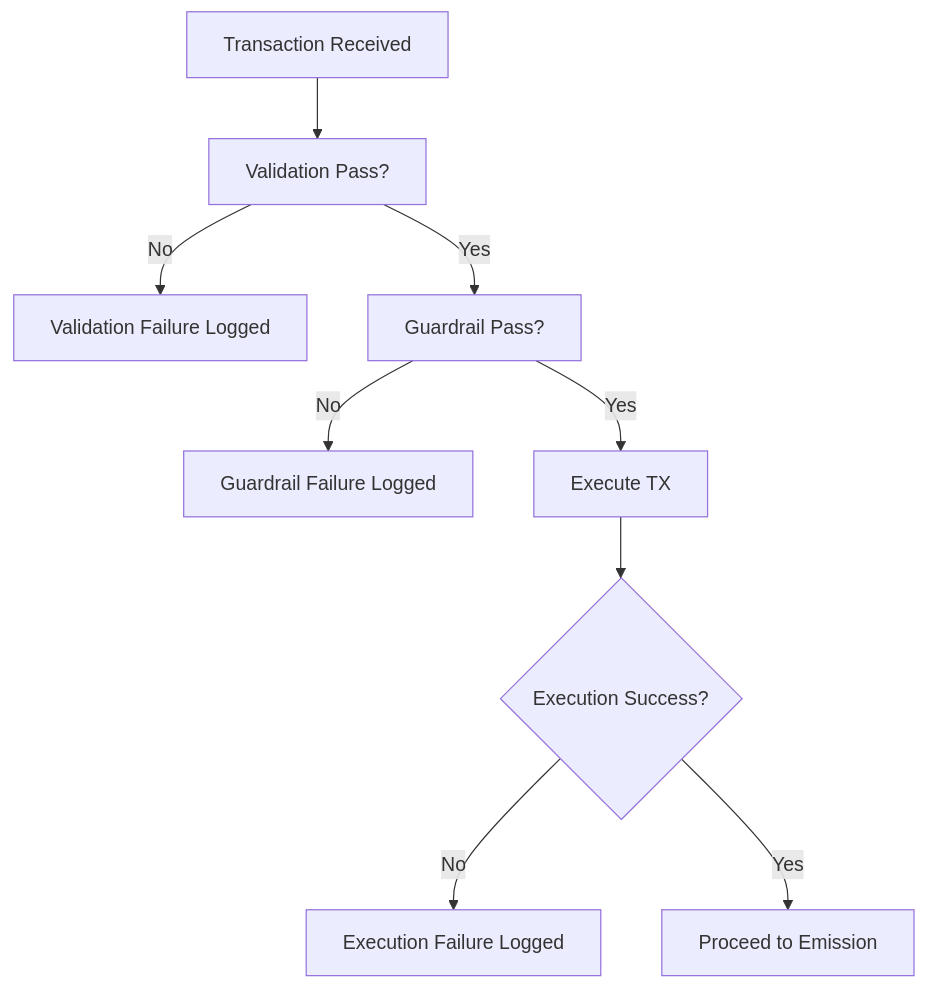
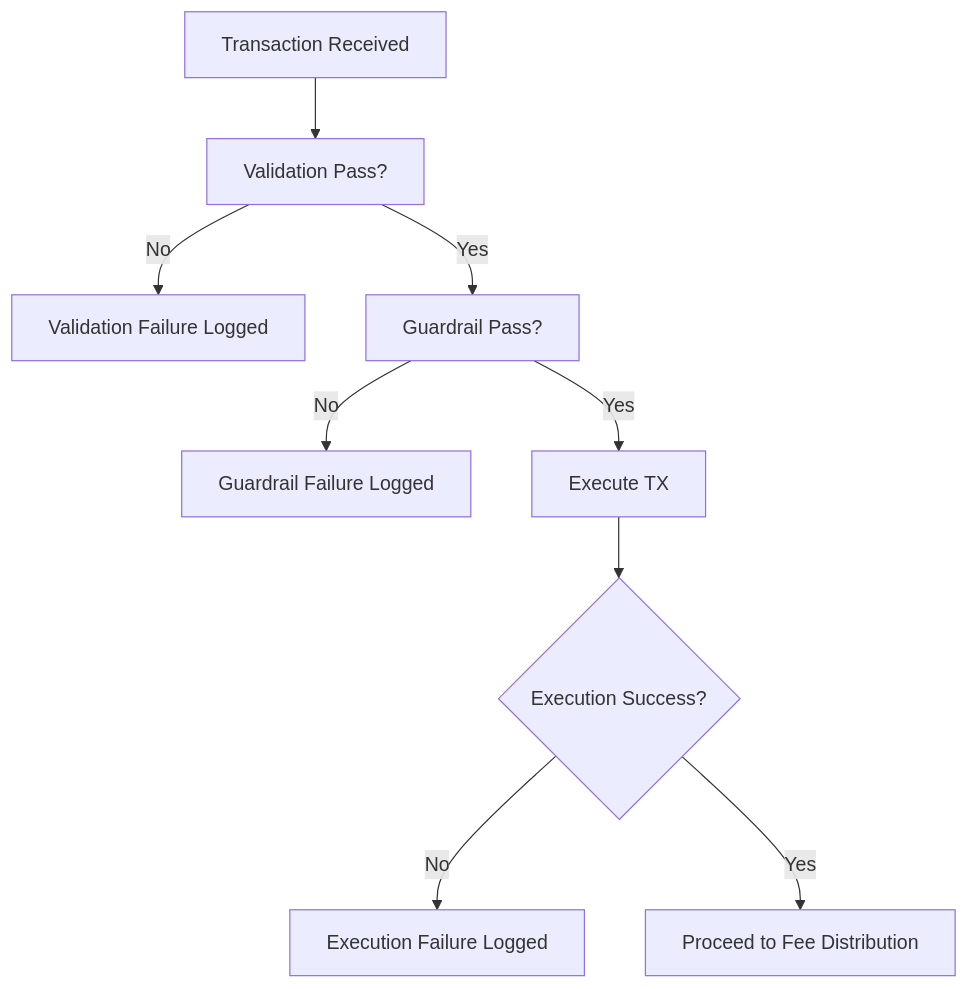
The diagram in 07_processing_layer/tx_failure_modes.md (Aros-Technology-Studio/AST-Aros-Financial-Paradigm), drawn with Mermaid before and after one commit. The commit also changed other lines of this file and 69 other files, not shown here.

````diff
--- a/07_processing_layer/tx_failure_modes.md
+++ b/07_processing_layer/tx_failure_modes.md
@@ -68,12 +68,12 @@
 ```mermaid
 flowchart TD
     A[Transaction Received] --> B[Validation Pass?]
     B -- No --> C[Validation Failure Logged]
     B -- Yes --> D[Guardrail Pass?]
     D -- No --> E[Guardrail Failure Logged]
     D -- Yes --> F[Execute TX]
     F --> G{Execution Success?}
     G -- No --> H[Execution Failure Logged]
-    G -- Yes --> I[Proceed to Emission]
+    G -- Yes --> I[Proceed to Fee Distribution]
 
 ```
````
